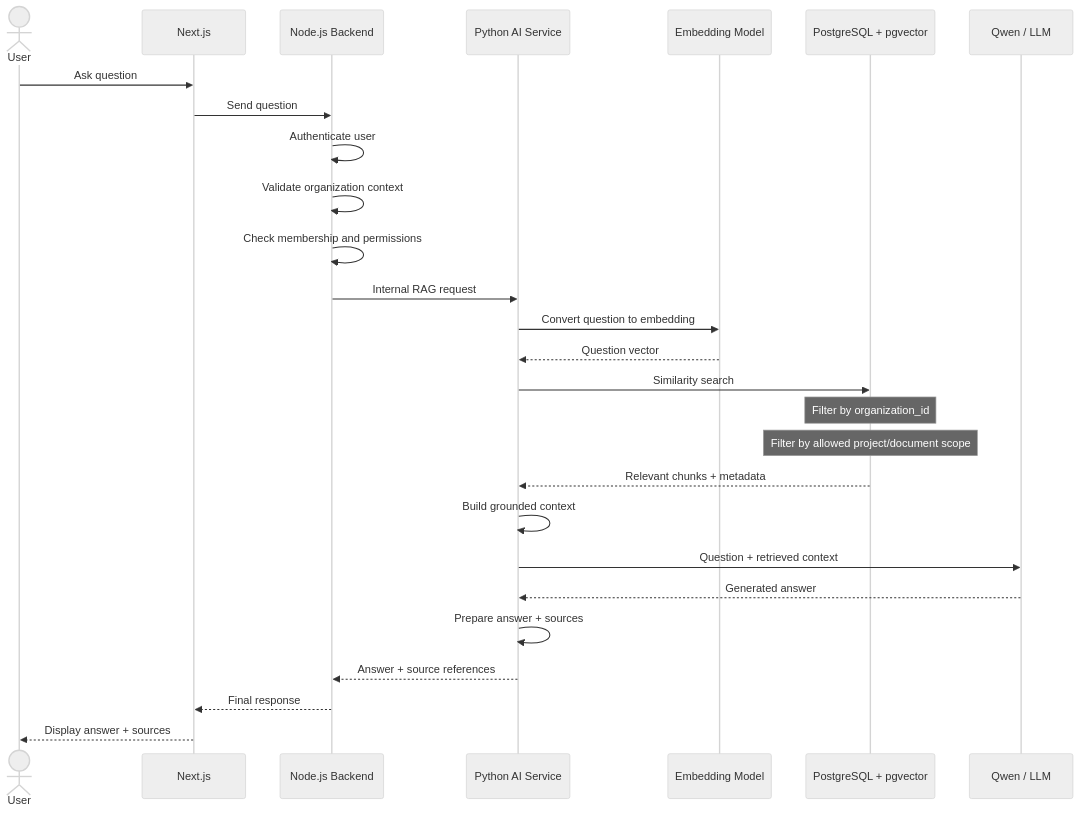
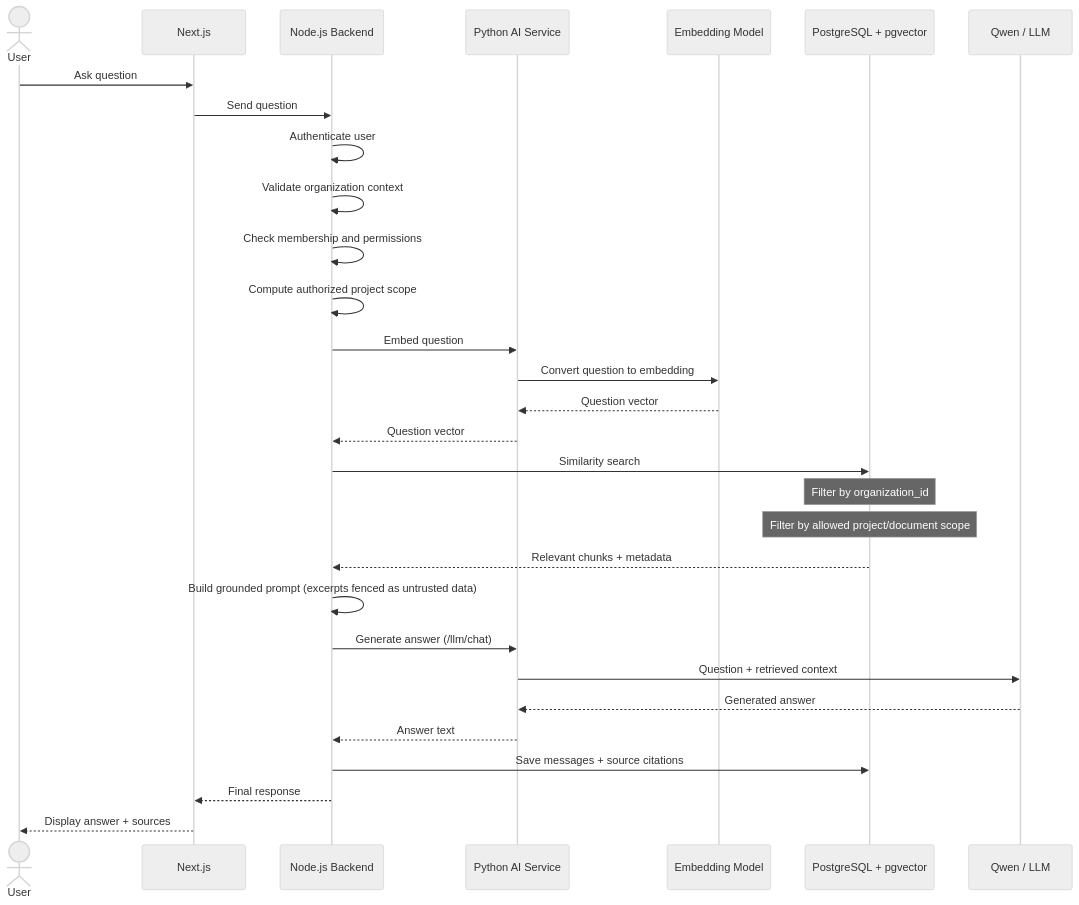
The third of 3 diagrams in docs/architecture/system-architecture.md (MohsinAli-2000/AI-Powered-Workspace), drawn with Mermaid (neutral theme) before and after one commit. The commit also changed other lines of this file and 9 other files, not shown here.

````diff
--- a/docs/architecture/system-architecture.md
+++ b/docs/architecture/system-architecture.md
@@ -285,39 +291,40 @@
 ```mermaid
 sequenceDiagram
     actor User
     participant FE as Next.js
     participant API as Node.js Backend
     participant AI as Python AI Service
     participant Embed as Embedding Model
     participant DB as PostgreSQL + pgvector
     participant LLM as Qwen / LLM
 
     User->>FE: Ask question
     FE->>API: Send question
 
     API->>API: Authenticate user
     API->>API: Validate organization context
     API->>API: Check membership and permissions
 
-    API->>AI: Internal RAG request
+    API->>API: Compute authorized project scope
 
+    API->>AI: Embed question
     AI->>Embed: Convert question to embedding
     Embed-->>AI: Question vector
+    AI-->>API: Question vector
 
-    AI->>DB: Similarity search
+    API->>DB: Similarity search
     Note over DB: Filter by organization_id
     Note over DB: Filter by allowed project/document scope
+    DB-->>API: Relevant chunks + metadata
 
-    DB-->>AI: Relevant chunks + metadata
+    API->>API: Build grounded prompt (excerpts fenced as untrusted data)
+    API->>AI: Generate answer (/llm/chat)
+    AI->>LLM: Question + retrieved context
+    LLM-->>AI: Generated answer
+    AI-->>API: Answer text
 
-    AI->>AI: Build grounded context
-    AI->>LLM: Question + retrieved context
-
-    LLM-->>AI: Generated answer
-
-    AI->>AI: Prepare answer + sources
-    AI-->>API: Answer + source references
+    API->>DB: Save messages + source citations
 
     API-->>FE: Final response
     FE-->>User: Display answer + sources
 ```
````
